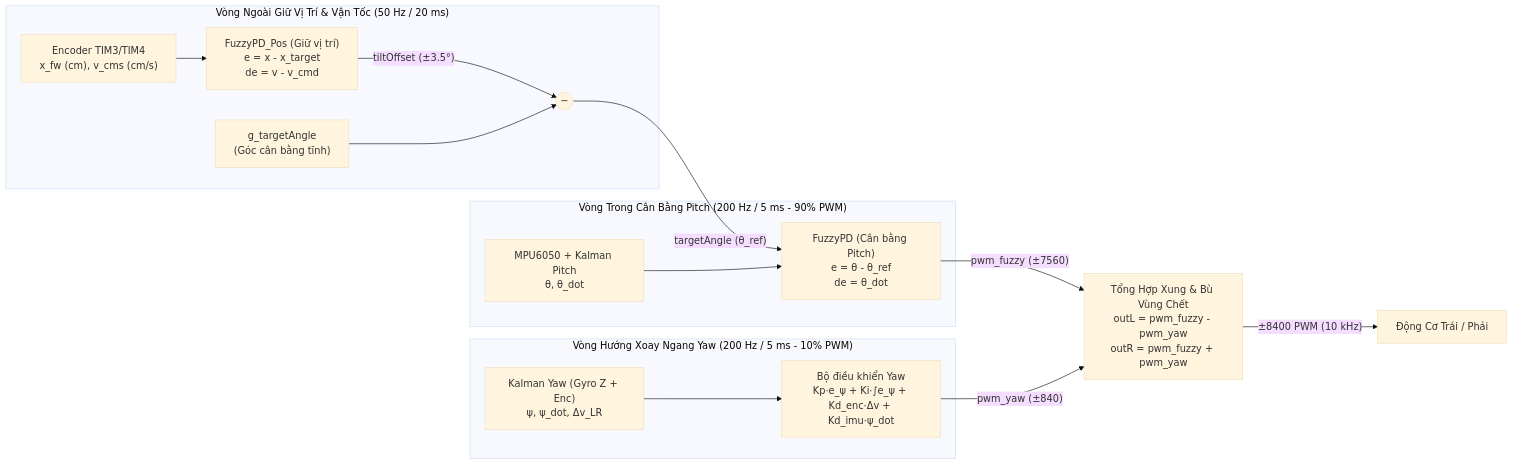
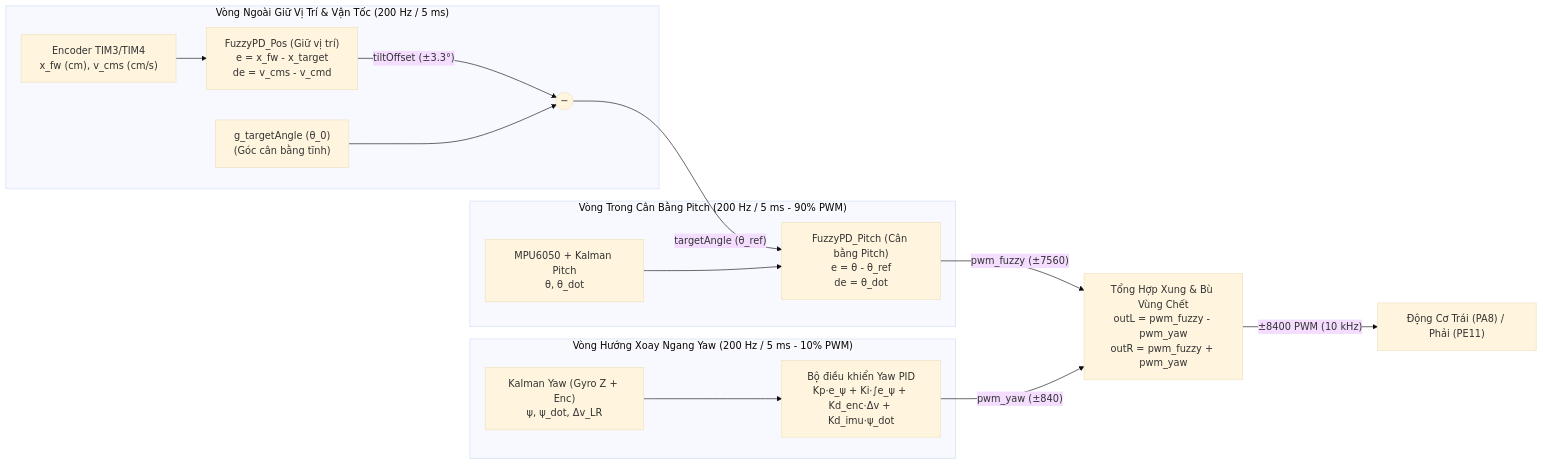
The diagram in README.md (nguyentrongtri-05/balance-robot), drawn with Mermaid (base theme) before and after one commit. The commit also changed other lines of this file and 32 other files, not shown here.

````diff
--- a/README.md
+++ b/README.md
@@ -83,21 +83,21 @@
 ```mermaid
 flowchart LR
-    subgraph OUTER["Vòng Ngoài Giữ Vị Trí & Vận Tốc (50 Hz / 20 ms)"]
-        ENC["Encoder TIM3/TIM4<br/>x_fw (cm), v_cms (cm/s)"] --> FPI["FuzzyPD_Pos (Giữ vị trí)<br/>e = x - x_target<br/>de = v - v_cmd"]
-        FPI -->|"tiltOffset (±3.5°)"| SUM_ANG(("−"))
-        TH0["g_targetAngle<br/>(Góc cân bằng tĩnh)"] --> SUM_ANG
+    subgraph OUTER["Vòng Ngoài Giữ Vị Trí & Vận Tốc (200 Hz / 5 ms)"]
+        ENC["Encoder TIM3/TIM4<br/>x_fw (cm), v_cms (cm/s)"] --> FPOS["FuzzyPD_Pos (Giữ vị trí)<br/>e = x_fw - x_target<br/>de = v_cms - v_cmd"]
+        FPOS -->|"tiltOffset (±3.3°)"| SUM_ANG(("−"))
+        TH0["g_targetAngle (θ_0)<br/>(Góc cân bằng tĩnh)"] --> SUM_ANG
     end
 
     subgraph INNER["Vòng Trong Cân Bằng Pitch (200 Hz / 5 ms - 90% PWM)"]
-        SUM_ANG -->|"targetAngle (θ_ref)"| FPD["FuzzyPD (Cân bằng Pitch)<br/>e = θ - θ_ref<br/>de = θ_dot"]
-        IMU["MPU6050 + Kalman Pitch<br/>θ, θ_dot"] --> FPD
+        SUM_ANG -->|"targetAngle (θ_ref)"| FPITCH["FuzzyPD_Pitch (Cân bằng Pitch)<br/>e = θ - θ_ref<br/>de = θ_dot"]
+        IMU["MPU6050 + Kalman Pitch<br/>θ, θ_dot"] --> FPITCH
     end
 
     subgraph YAW["Vòng Hướng Xoay Ngang Yaw (200 Hz / 5 ms - 10% PWM)"]
-        YAW_SENS["Kalman Yaw (Gyro Z + Enc)<br/>ψ, ψ_dot, Δv_LR"] --> YPID["Bộ điều khiển Yaw<br/>Kp·e_ψ + Ki·∫e_ψ + Kd_enc·Δv + Kd_imu·ψ_dot"]
+        YAW_SENS["Kalman Yaw (Gyro Z + Enc)<br/>ψ, ψ_dot, Δv_LR"] --> YPID["Bộ điều khiển Yaw PID<br/>Kp·e_ψ + Ki·∫e_ψ + Kd_enc·Δv + Kd_imu·ψ_dot"]
     end
 
-    FPD -->|"pwm_fuzzy (±7560)"| MIX["Tổng Hợp Xung & Bù Vùng Chết<br/>outL = pwm_fuzzy - pwm_yaw<br/>outR = pwm_fuzzy + pwm_yaw"]
+    FPITCH -->|"pwm_fuzzy (±7560)"| MIX["Tổng Hợp Xung & Bù Vùng Chết<br/>outL = pwm_fuzzy - pwm_yaw<br/>outR = pwm_fuzzy + pwm_yaw"]
     YPID -->|"pwm_yaw (±840)"| MIX
-    MIX -->|"±8400 PWM (10 kHz)"| MOT["Động Cơ Trái / Phải"]
+    MIX -->|"±8400 PWM (10 kHz)"| MOT["Động Cơ Trái (PA8) / Phải (PE11)"]
 ```
````
